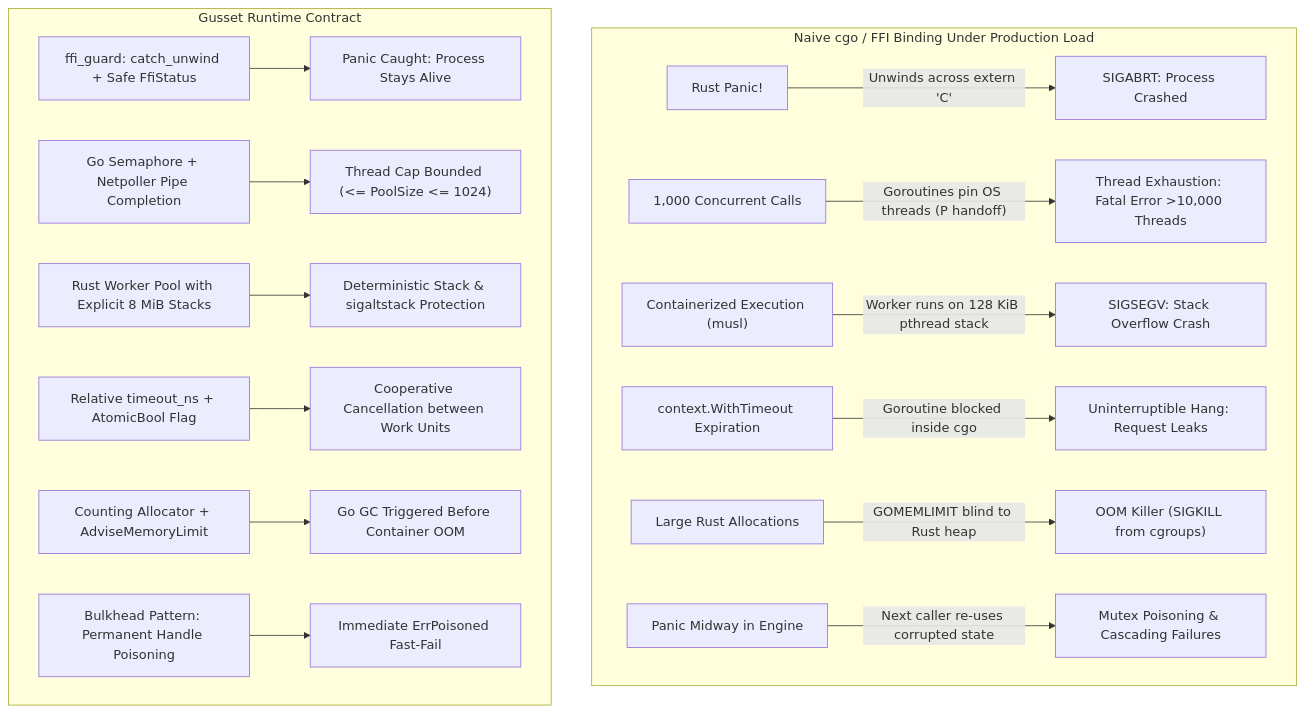
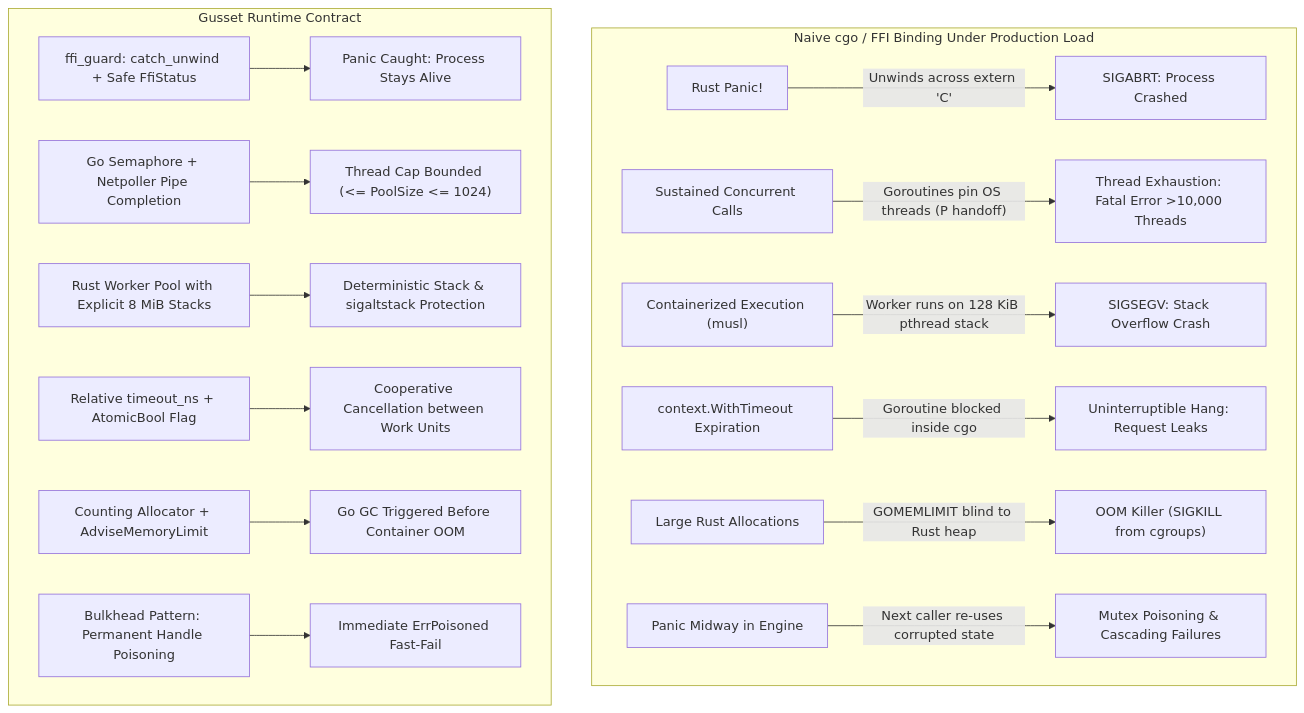
The first of 2 diagrams in docs/why.md (bharathvbcr/gusset), drawn with Mermaid before and after one commit. The commit also changed other lines of this file and 80 other files, not shown here.

````diff
--- a/docs/why.md
+++ b/docs/why.md
@@ -22,20 +22,20 @@
 ```mermaid
 flowchart TD
     subgraph Naive ["Naive cgo / FFI Binding Under Production Load"]
         N1["Rust Panic!"] -->|"Unwinds across extern 'C'"| F1["SIGABRT: Process Crashed"]
-        N2["1,000 Concurrent Calls"] -->|"Goroutines pin OS threads (P handoff)"| F2["Thread Exhaustion: Fatal Error >10,000 Threads"]
+        N2["Sustained Concurrent Calls"] -->|"Goroutines pin OS threads (P handoff)"| F2["Thread Exhaustion: Fatal Error >10,000 Threads"]
         N3["Containerized Execution (musl)"] -->|"Worker runs on 128 KiB pthread stack"| F3["SIGSEGV: Stack Overflow Crash"]
         N4["context.WithTimeout Expiration"] -->|"Goroutine blocked inside cgo"| F4["Uninterruptible Hang: Request Leaks"]
         N5["Large Rust Allocations"] -->|"GOMEMLIMIT blind to Rust heap"| F5["OOM Killer (SIGKILL from cgroups)"]
         N6["Panic Midway in Engine"] -->|"Next caller re-uses corrupted state"| F6["Mutex Poisoning & Cascading Failures"]
     end
 
     subgraph Gusset ["Gusset Runtime Contract"]
         G1["ffi_guard: catch_unwind + Safe FfiStatus"] --> S1["Panic Caught: Process Stays Alive"]
         G2["Go Semaphore + Netpoller Pipe Completion"] --> S2["Thread Cap Bounded (<= PoolSize <= 1024)"]
         G3["Rust Worker Pool with Explicit 8 MiB Stacks"] --> S3["Deterministic Stack & sigaltstack Protection"]
         G4["Relative timeout_ns + AtomicBool Flag"] --> S4["Cooperative Cancellation between Work Units"]
         G5["Counting Allocator + AdviseMemoryLimit"] --> S5["Go GC Triggered Before Container OOM"]
         G6["Bulkhead Pattern: Permanent Handle Poisoning"] --> S6["Immediate ErrPoisoned Fast-Fail"]
     end
 ```
````
